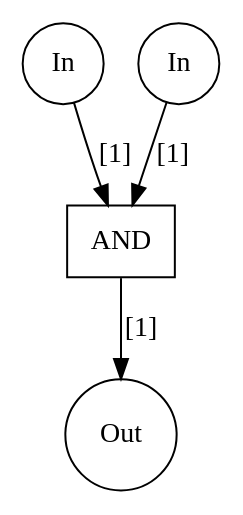
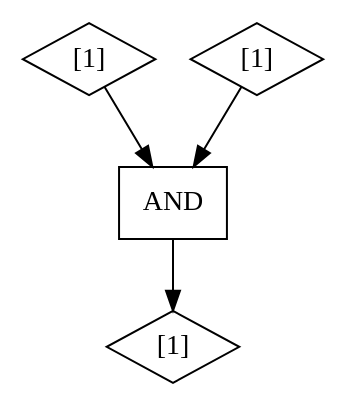
The diagram in dot_export_tests/simple_gate.dot (Artentus/gsim), drawn with Graphviz before and after one commit. The commit also changed 1 other file, not shown here.

```diff
--- a/dot_export_tests/simple_gate.dot
+++ b/dot_export_tests/simple_gate.dot
@@ -1,9 +1,9 @@
 digraph {
-    N0[label="AND" shape="box"];
-    I0[label="In" shape="circle"];
-    I0 -> { N0 }[label="[1]"];
-    I1[label="In" shape="circle"];
-    I1 -> { N0 }[label="[1]"];
-    O0[label="Out" shape="circle"];
-    { N0 } -> O0[label="[1]"];
+    W0[label="[1]" shape="diamond"];
+    W1[label="[1]" shape="diamond"];
+    W2[label="[1]" shape="diamond"];
+    C0[label="AND" shape="box"];
+    W0 -> { C0 };
+    W1 -> { C0 };
+    { C0 } -> W2;
 }
```
